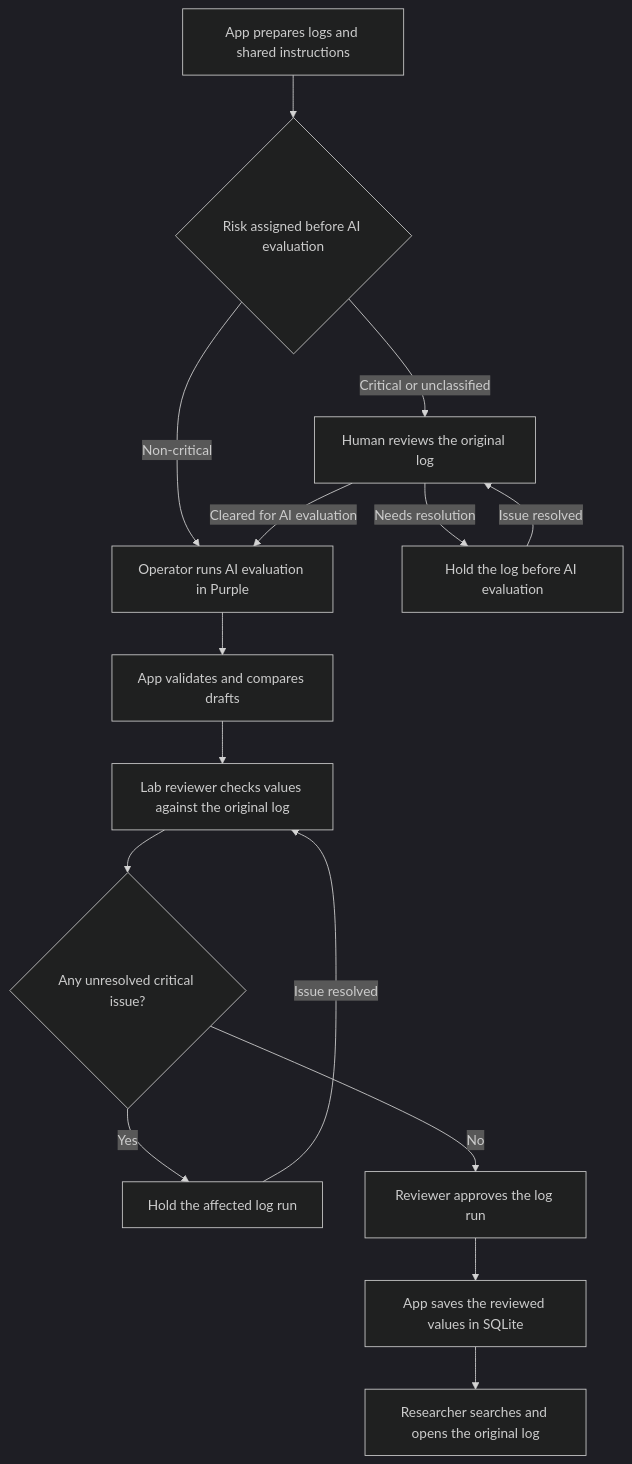
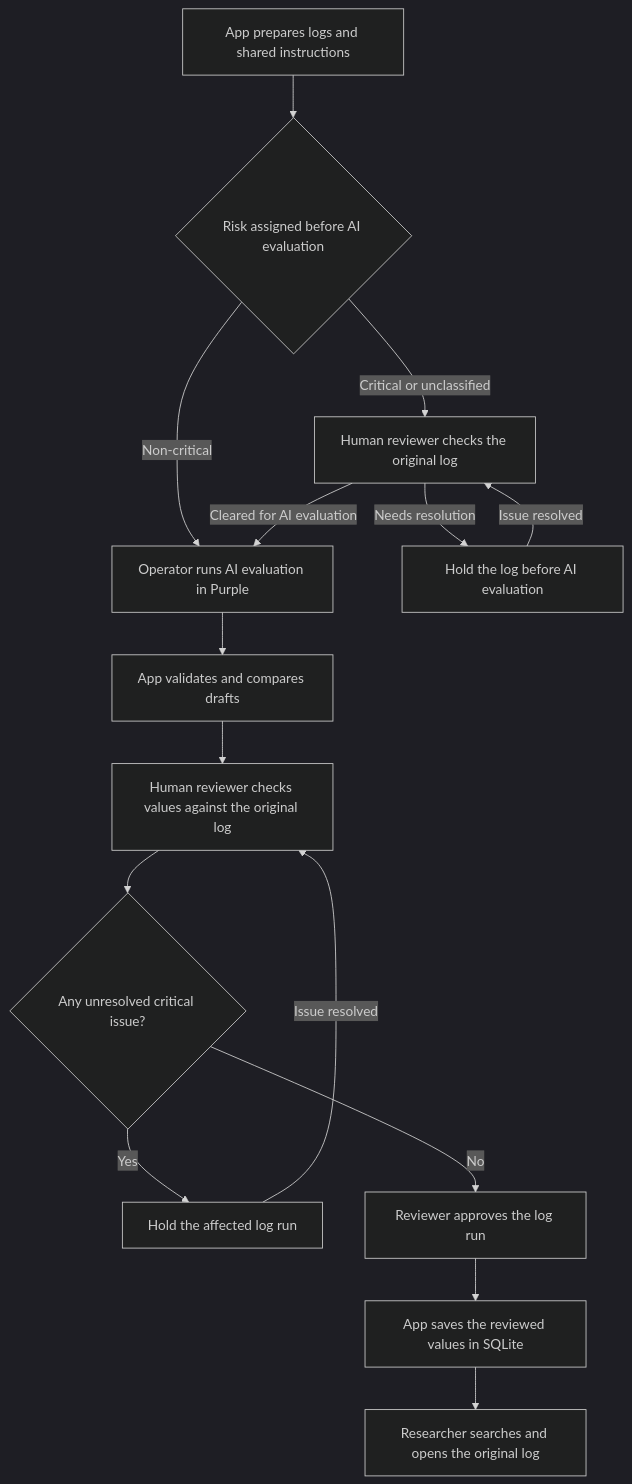
The diagram in docs/design-document.md (irisyjchang/quantum-materials-ai-archive), drawn with Mermaid (dark theme) before and after one commit. The commit also changed other lines of this file, not shown here.

Commit message:
docs: use human reviewer terminology

````diff
--- a/docs/design-document.md
+++ b/docs/design-document.md
@@ -36,17 +36,17 @@
 ```mermaid
 flowchart TD
     A[App prepares logs and shared instructions] --> R{Risk assigned before AI evaluation}
     R -->|Non-critical| D[Operator runs AI evaluation in Purple]
-    R -->|Critical or unclassified| P[Human reviews the original log]
+    R -->|Critical or unclassified| P[Human reviewer checks the original log]
     P -->|Cleared for AI evaluation| D
     P -->|Needs resolution| Q[Hold the log before AI evaluation]
     Q -->|Issue resolved| P
     D --> F[App validates and compares drafts]
-    F --> G[Lab reviewer checks values against the original log]
+    F --> G[Human reviewer checks values against the original log]
     G --> H{Any unresolved critical issue?}
     H -->|Yes| I[Hold the affected log run]
     I -->|Issue resolved| G
     H -->|No| J[Reviewer approves the log run]
     J --> K[App saves the reviewed values in SQLite]
     K --> L[Researcher searches and opens the original log]
 ```
````
